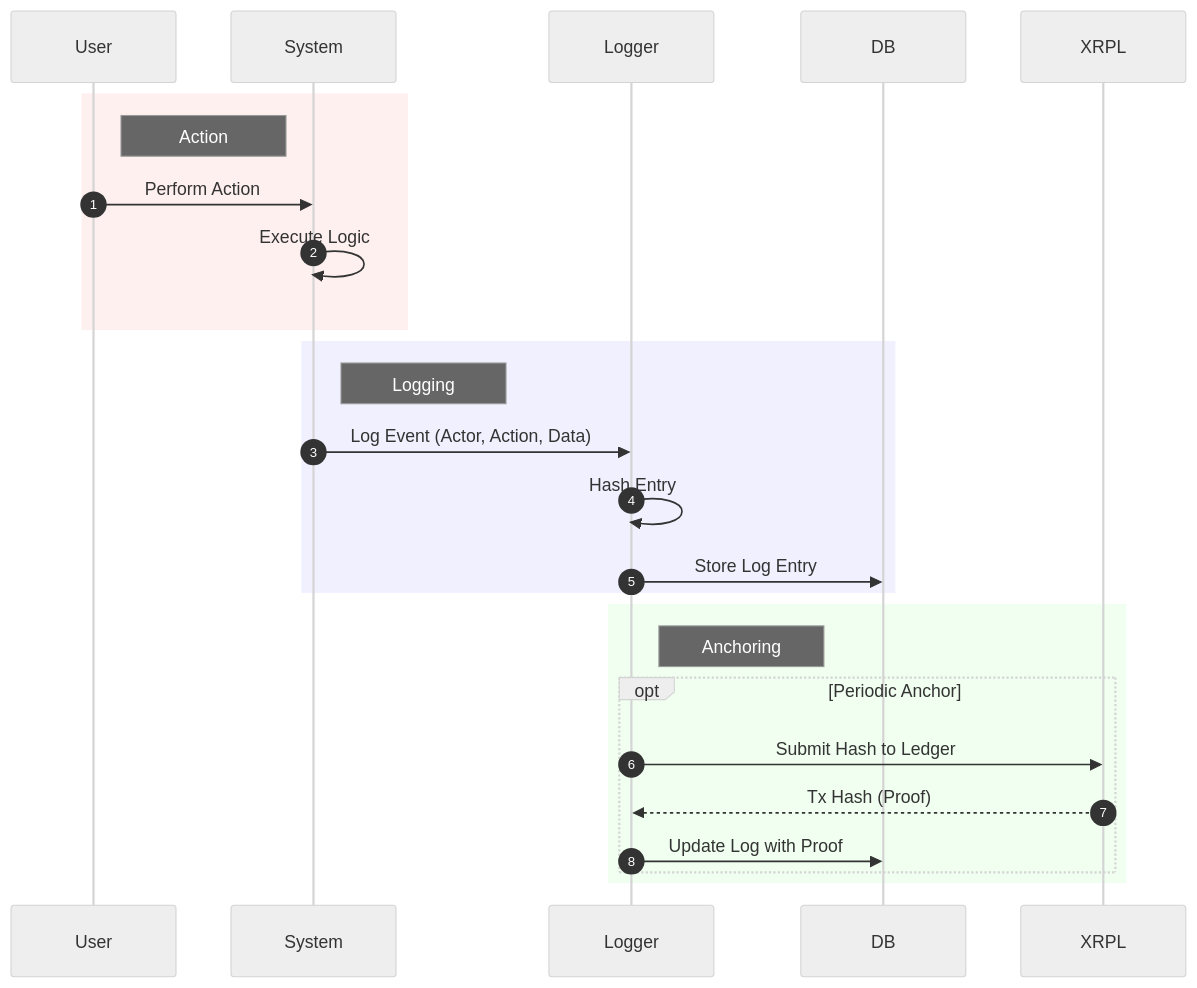
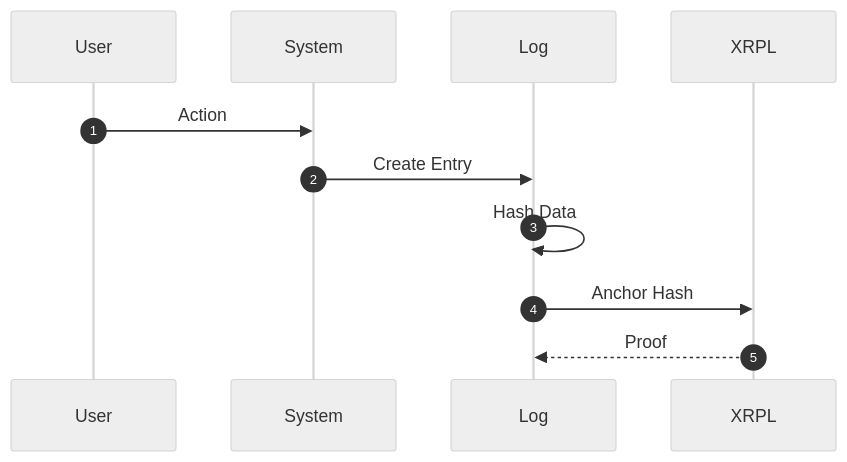
Diagram 17 of 17 in README.md (MrDecryptDecipher/xrpl-institutional-fund-management), drawn with Mermaid (neutral theme) before and after one commit. The commit also changed other lines of this file, not shown here.

Commit message:
docs: final polish of readme with high-contrast diagrams and fixes

````diff
--- a/README.md
+++ b/README.md
@@ -654,31 +534,14 @@
 ```mermaid
 sequenceDiagram
     autonumber
     participant User
     participant System
-    participant Logger
-    participant DB
-    participant Ledger as XRPL
+    participant Log
+    participant XRPL
 
-    rect rgb(255, 240, 240)
-    Note right of User: Action
-    User->>System: Perform Action
-    System->>System: Execute Logic
-    end
-
-    rect rgb(240, 240, 255)
-    Note right of System: Logging
-    System->>Logger: Log Event (Actor, Action, Data)
-    Logger->>Logger: Hash Entry
-    Logger->>DB: Store Log Entry
-    end
-    
-    rect rgb(240, 255, 240)
-    Note right of Logger: Anchoring
-    opt Periodic Anchor
-        Logger->>Ledger: Submit Hash to Ledger
-        Ledger-->>Logger: Tx Hash (Proof)
-        Logger->>DB: Update Log with Proof
-    end
-    end
+    User->>System: Action
+    System->>Log: Create Entry
+    Log->>Log: Hash Data
+    Log->>XRPL: Anchor Hash
+    XRPL-->>Log: Proof
 ```
````
